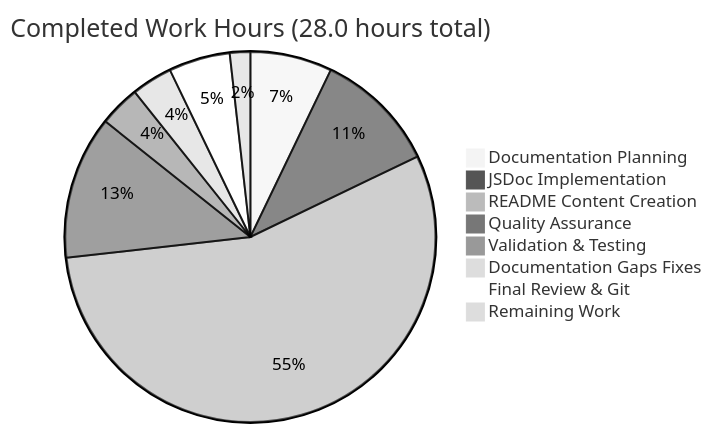
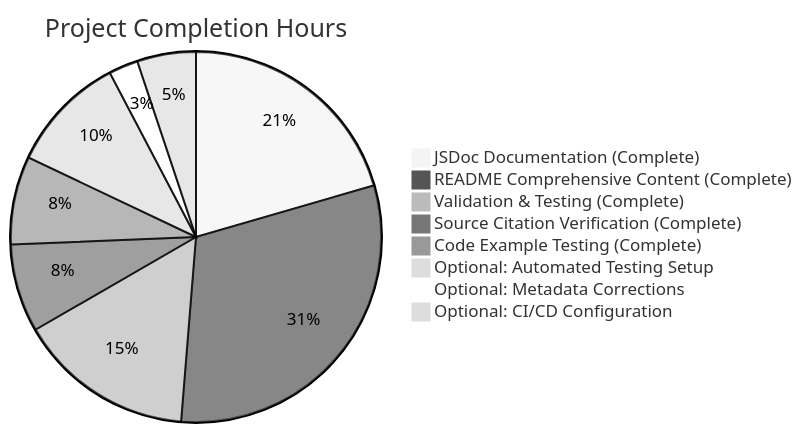
Before and after one commit to lakshya-blitzy/hello_world_Oct_2025: the diagram in blitzy/documentation/Project Guide.md, drawn with Mermaid (neutral theme). The commit also changed other lines of this file, not shown here.

Commit message:
Adding Blitzy Project Guide: Project Status and Human Tasks Remaining

````diff
--- a/blitzy/documentation/Project Guide.md
+++ b/blitzy/documentation/Project Guide.md
@@ -639,11 +50,11 @@
 ```mermaid
-pie title Completed Work Hours (28.0 hours total)
-    "Documentation Planning" : 2.0
-    "JSDoc Implementation" : 3.0
-    "README Content Creation" : 15.5
-    "Quality Assurance" : 3.5
-    "Validation & Testing" : 1.0
-    "Documentation Gaps Fixes" : 1.0
-    "Final Review & Git" : 1.5
-    "Remaining Work" : 0.5
+pie title Project Completion Hours
+    "JSDoc Documentation (Complete)" : 8
+    "README Comprehensive Content (Complete)" : 12
+    "Validation & Testing (Complete)" : 6
+    "Source Citation Verification (Complete)" : 3
+    "Code Example Testing (Complete)" : 3
+    "Optional: Automated Testing Setup" : 4
+    "Optional: Metadata Corrections" : 1
+    "Optional: CI/CD Configuration" : 2
 ```
````
